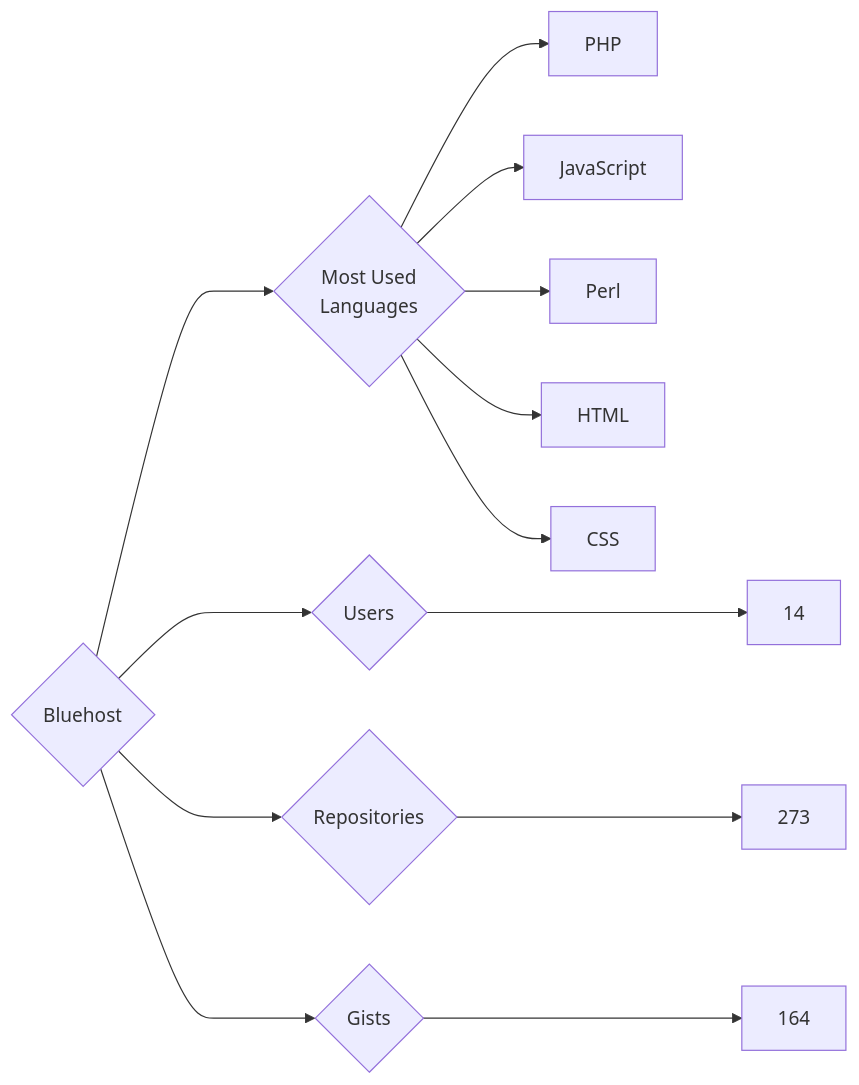
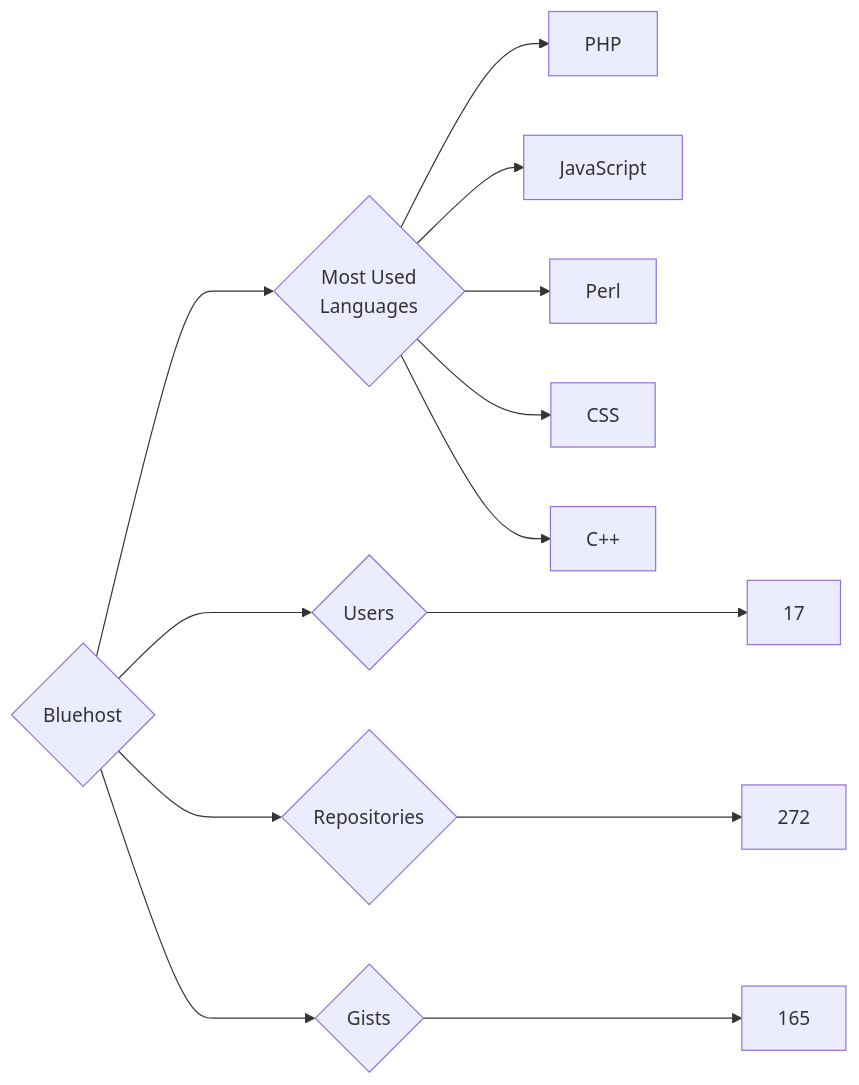
Before and after one commit to trickest/insiders: the diagram in targets/Bluehost/README.md, drawn with Mermaid. The commit also changed 882 other files, not shown here.

````diff
--- a/targets/Bluehost/README.md
+++ b/targets/Bluehost/README.md
@@ -3,13 +3,13 @@
 ```mermaid
 graph LR
 COMPANY_NAME{Bluehost}
-COMPANY_NAME ---> U{Users} ---> UN[14]
-COMPANY_NAME ---> R{Repositories} ---> RN[273]
-COMPANY_NAME ---> G{Gists} ---> GN[164]
+COMPANY_NAME ---> U{Users} ---> UN[17]
+COMPANY_NAME ---> R{Repositories} ---> RN[272]
+COMPANY_NAME ---> G{Gists} ---> GN[165]
 COMPANY_NAME ---> ML{Most Used<br>Languages}
 ML --> PHP[PHP]
 ML --> JavaScript[JavaScript]
 ML --> Perl[Perl]
-ML --> HTML[HTML]
 ML --> CSS[CSS]
+ML --> C++[C++]
 ```
````
